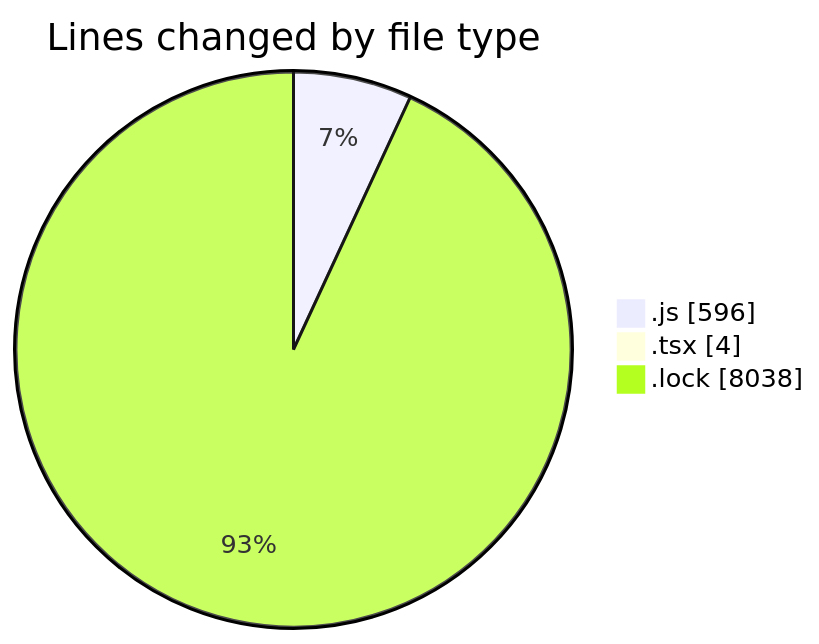
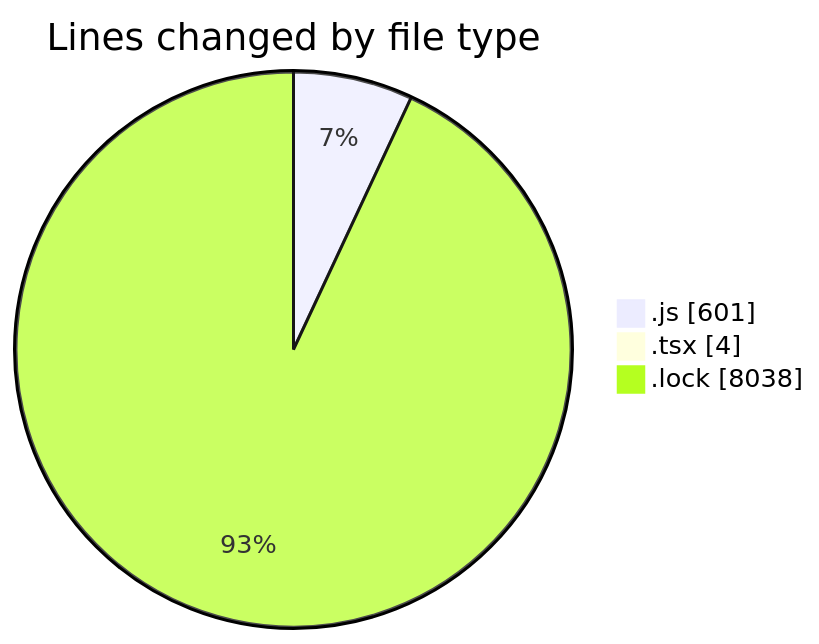
Before and after one commit to momahboobian/code-tracking: the first of 2 diagrams in 2025-03-11/cda/README.md, drawn with Mermaid. The commit also changed other lines of this file and 1 other file, not shown here.

````diff
--- a/2025-03-11/cda/README.md
+++ b/2025-03-11/cda/README.md
@@ -30,7 +30,7 @@
 ```mermaid
 pie showData
 title Lines changed by file type
-".js" : 596
+".js" : 601
 ".tsx" : 4
 ".lock" : 8038
 ```
````
